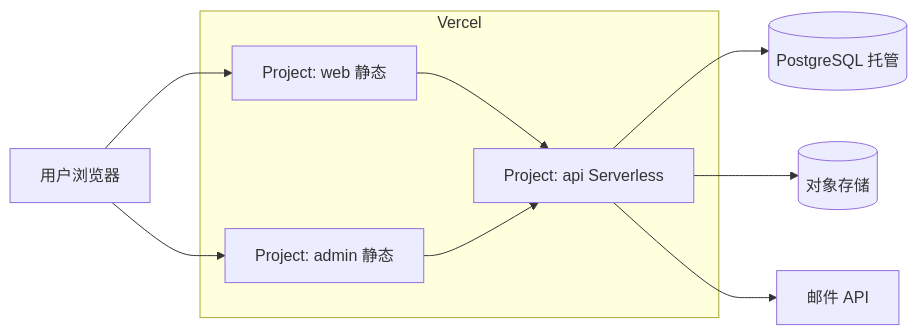
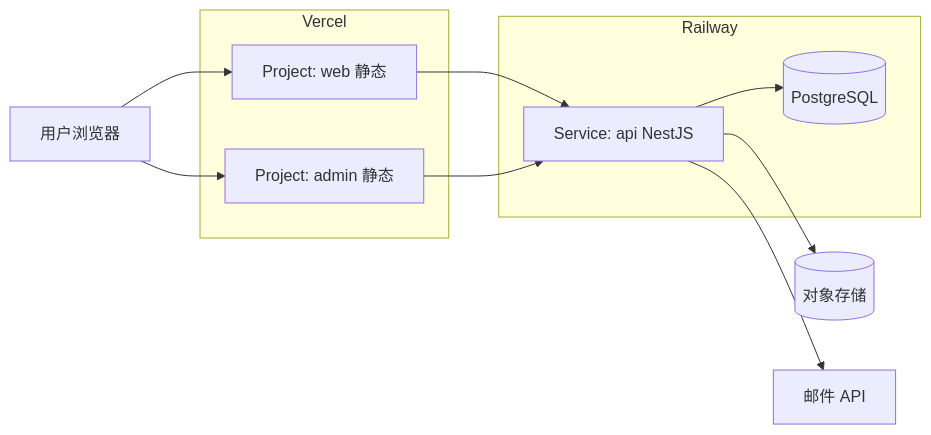
One commit to wufu-fire/customer-support-system changed the second of 2 diagrams in docs/architecture/tech-architecture-react-antd-nestjs.md. Above: the diagram before and after it, drawn with Mermaid. The commit also changed other lines of this file and 8 other files, not shown here.

````diff
--- a/docs/architecture/tech-architecture-react-antd-nestjs.md
+++ b/docs/architecture/tech-architecture-react-antd-nestjs.md
@@ -106,16 +106,19 @@
 ```mermaid
 flowchart LR
   subgraph vercel [Vercel]
     WEB[Project: web 静态]
     ADM[Project: admin 静态]
-    API[Project: api Serverless]
+  end
+  subgraph railway [Railway]
+    API[Service: api NestJS]
+    PG[(PostgreSQL)]
   end
 
   U[用户浏览器] --> WEB
   U --> ADM
   WEB --> API
   ADM --> API
-  API --> DB[(PostgreSQL 托管)]
+  API --> PG
   API --> OSS[(对象存储)]
   API --> Mail[邮件 API]
 ```
````
